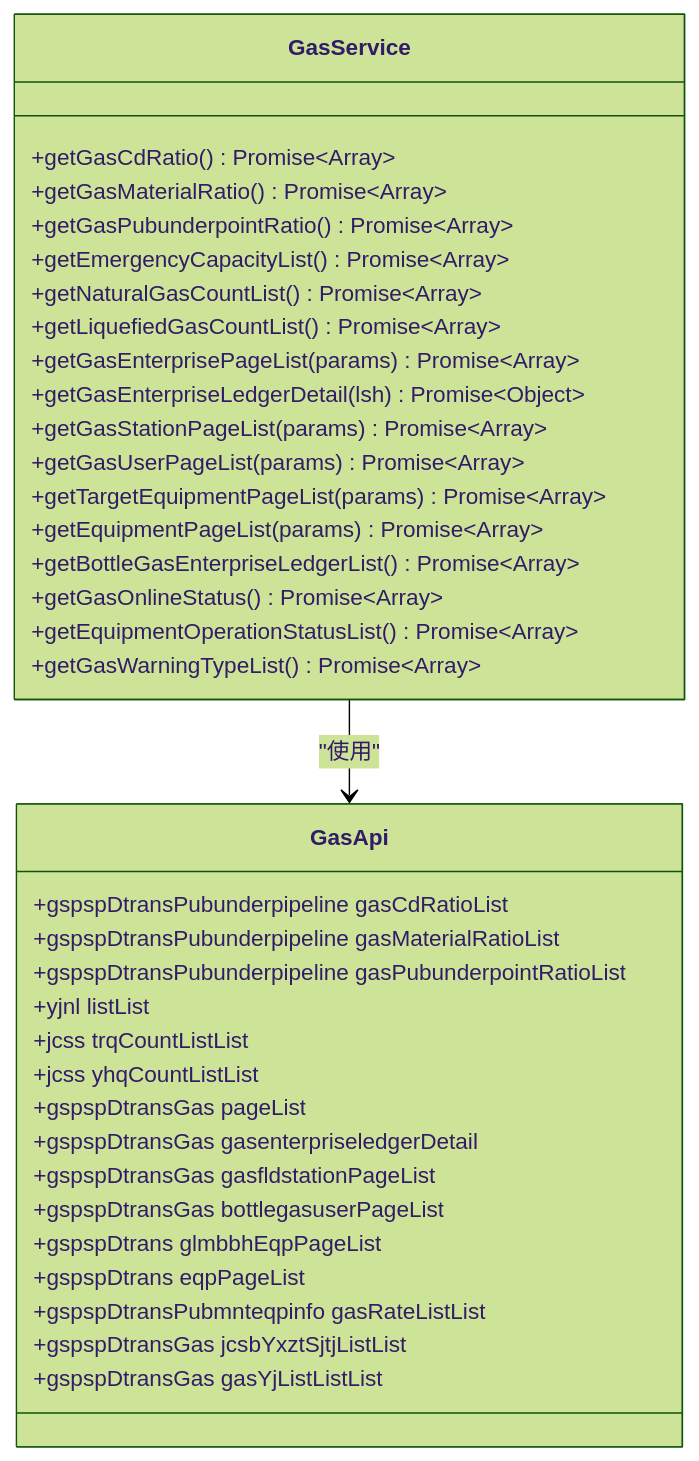
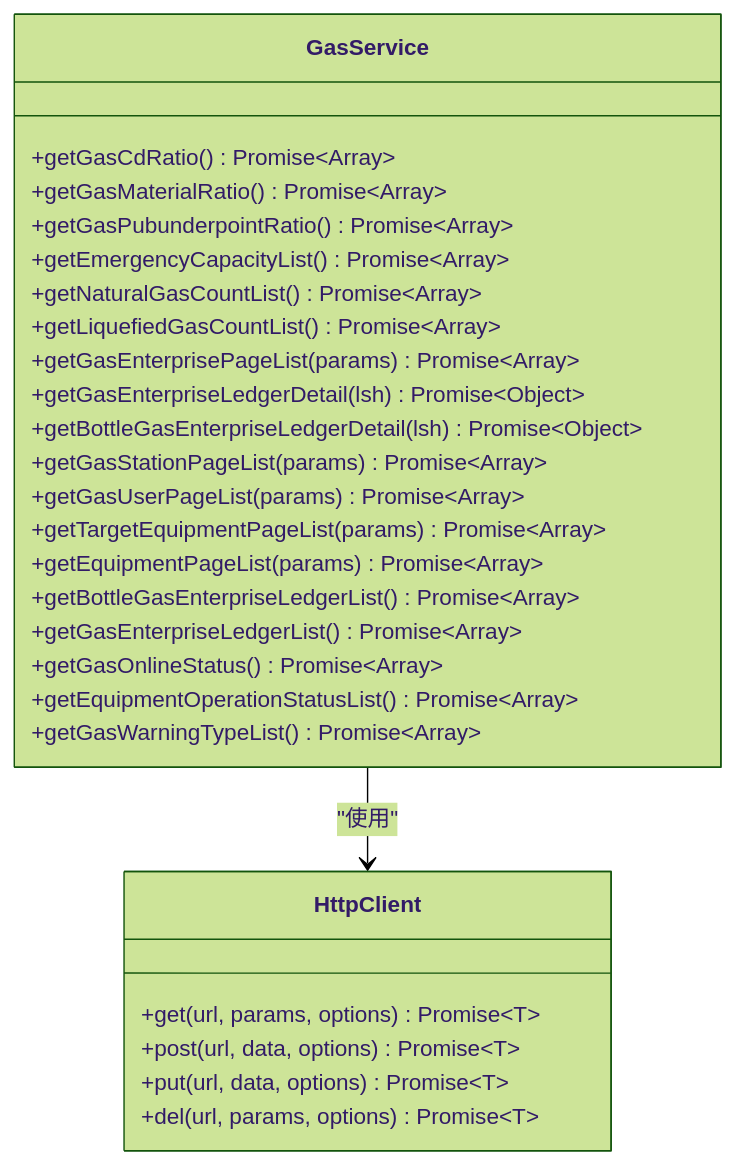
Before and after one commit to zhibo1997/government-dashboard: the eighth of 14 diagrams in .qoder/repowiki/zh/content/API集成/API集成.md, drawn with Mermaid (forest theme). The commit also changed other lines of this file and 28 other files, not shown here.

````diff
--- a/.qoder/repowiki/zh/content/API集成/API集成.md
+++ b/.qoder/repowiki/zh/content/API集成/API集成.md
@@ -201,39 +261,30 @@
 ```mermaid
 classDiagram
 class GasService {
 +getGasCdRatio() Promise~Array~
 +getGasMaterialRatio() Promise~Array~
 +getGasPubunderpointRatio() Promise~Array~
 +getEmergencyCapacityList() Promise~Array~
 +getNaturalGasCountList() Promise~Array~
 +getLiquefiedGasCountList() Promise~Array~
 +getGasEnterprisePageList(params) Promise~Array~
 +getGasEnterpriseLedgerDetail(lsh) Promise~Object~
++getBottleGasEnterpriseLedgerDetail(lsh) Promise~Object~
 +getGasStationPageList(params) Promise~Array~
 +getGasUserPageList(params) Promise~Array~
 +getTargetEquipmentPageList(params) Promise~Array~
 +getEquipmentPageList(params) Promise~Array~
 +getBottleGasEnterpriseLedgerList() Promise~Array~
++getGasEnterpriseLedgerList() Promise~Array~
 +getGasOnlineStatus() Promise~Array~
 +getEquipmentOperationStatusList() Promise~Array~
 +getGasWarningTypeList() Promise~Array~
 }
-class GasApi {
-+gspspDtransPubunderpipeline gasCdRatioList
-+gspspDtransPubunderpipeline gasMaterialRatioList
-+gspspDtransPubunderpipeline gasPubunderpointRatioList
-+yjnl listList
-+jcss trqCountListList
-+jcss yhqCountListList
-+gspspDtransGas pageList
-+gspspDtransGas gasenterpriseledgerDetail
-+gspspDtransGas gasfldstationPageList
-+gspspDtransGas bottlegasuserPageList
-+gspspDtrans glmbbhEqpPageList
-+gspspDtrans eqpPageList
-+gspspDtransPubmnteqpinfo gasRateListList
-+gspspDtransGas jcsbYxztSjtjListList
-+gspspDtransGas gasYjListListList
+class HttpClient {
++get(url, params, options) Promise~T~
++post(url, data, options) Promise~T~
++put(url, data, options) Promise~T~
++del(url, params, options) Promise~T~
 }
-GasService --> GasApi : "使用"
+GasService --> HttpClient : "使用"
 ```
````
